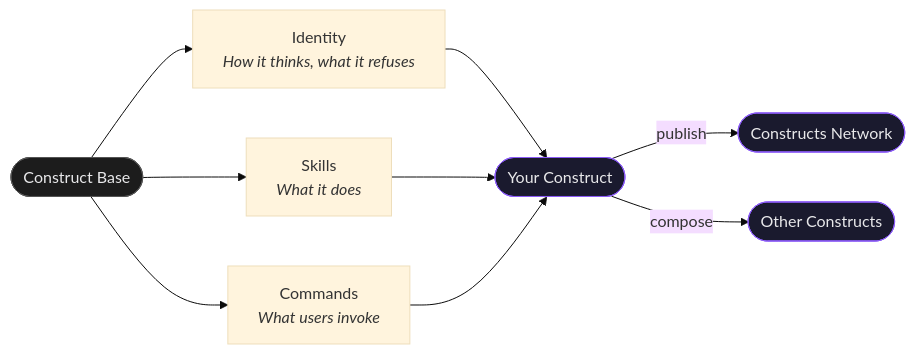
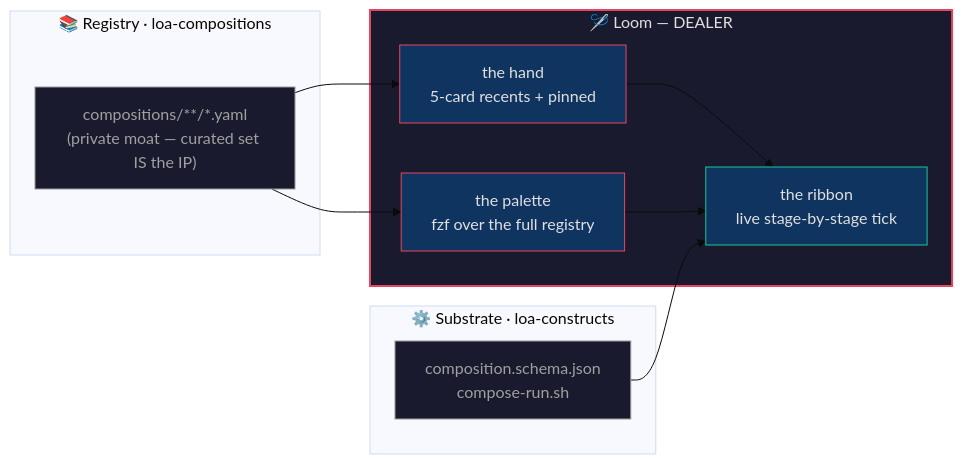
Before and after one commit to 0xHoneyJar/construct-the-loom: the diagram in README.md, drawn with Mermaid (base theme). The commit also changed other lines of this file and 15 other files, not shown here.

````diff
--- a/README.md
+++ b/README.md
@@ -46,16 +7,26 @@
 ```mermaid
 graph LR
-    Base([Construct Base]) --> Identity["Identity<br/><i>How it thinks, what it refuses</i>"]
-    Base --> Skills["Skills<br/><i>What it does</i>"]
-    Base --> Commands["Commands<br/><i>What users invoke</i>"]
-    Identity --> Construct([Your Construct])
-    Skills --> Construct
-    Commands --> Construct
-    Construct --> |publish| Network([Constructs Network])
-    Construct --> |compose| Other([Other Constructs])
+    subgraph Substrate["⚙️ Substrate · loa-constructs"]
+        S["composition.schema.json<br/>compose-run.sh"]
+    end
+    subgraph Registry["📚 Registry · loa-compositions"]
+        R["compositions/**/*.yaml<br/>(private moat — curated set IS the IP)"]
+    end
+    subgraph Loom["🪡 Loom — DEALER"]
+        H["the hand<br/>5-card recents + pinned"]
+        P["the palette<br/>fzf over the full registry"]
+        B["the ribbon<br/>live stage-by-stage tick"]
+    end
+    R --> H
+    R --> P
+    H --> B
+    S --> B
+    P --> B
 
-    style Base fill:#1c1c1c,stroke:#555,color:#e8e8ea
-    style Construct fill:#1a1a2e,stroke:#8B5CF6,color:#e8e8ea
-    style Network fill:#1a1a2e,stroke:#8B5CF6,color:#e8e8ea
-    style Other fill:#1a1a2e,stroke:#8B5CF6,color:#e8e8ea
+    style Loom fill:#1a1a2e,stroke:#e94560,stroke-width:2px,color:#e0e0e0
+    style H fill:#0f3460,stroke:#e94560,color:#e0e0e0
+    style P fill:#0f3460,stroke:#e94560,color:#e0e0e0
+    style B fill:#0f3460,stroke:#16c79a,color:#e0e0e0
+    style S fill:#1a1a2e,stroke:#999,color:#a0a0a0
+    style R fill:#1a1a2e,stroke:#999,color:#a0a0a0
 ```
````
